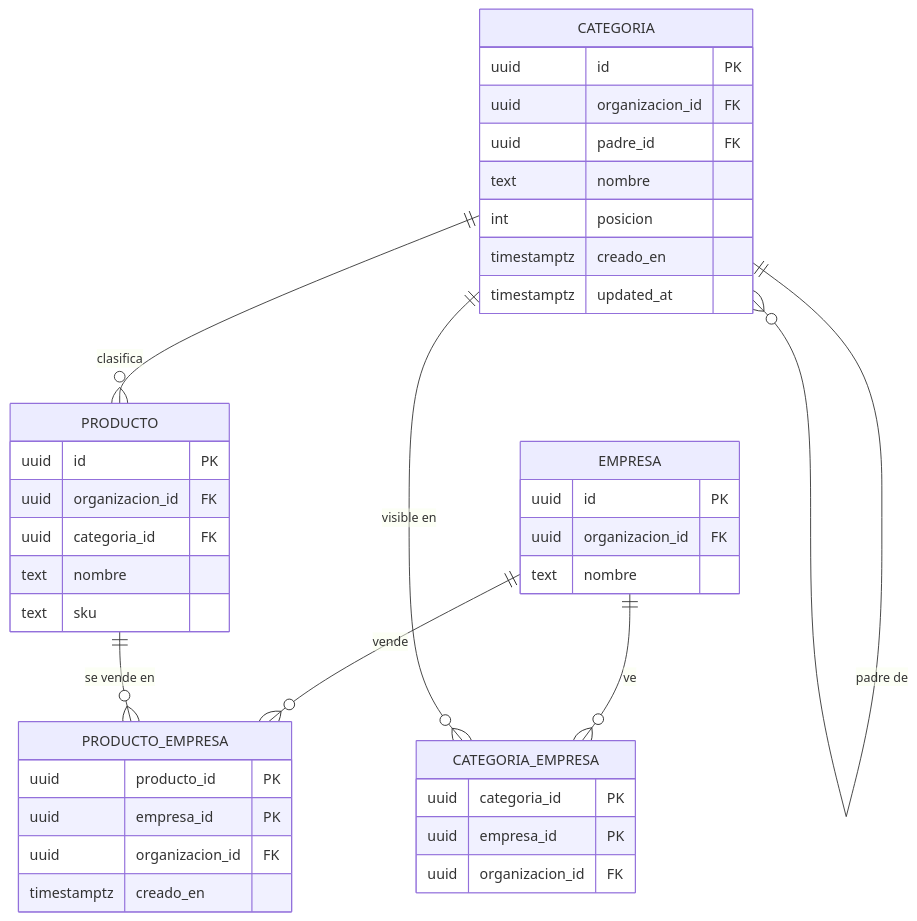
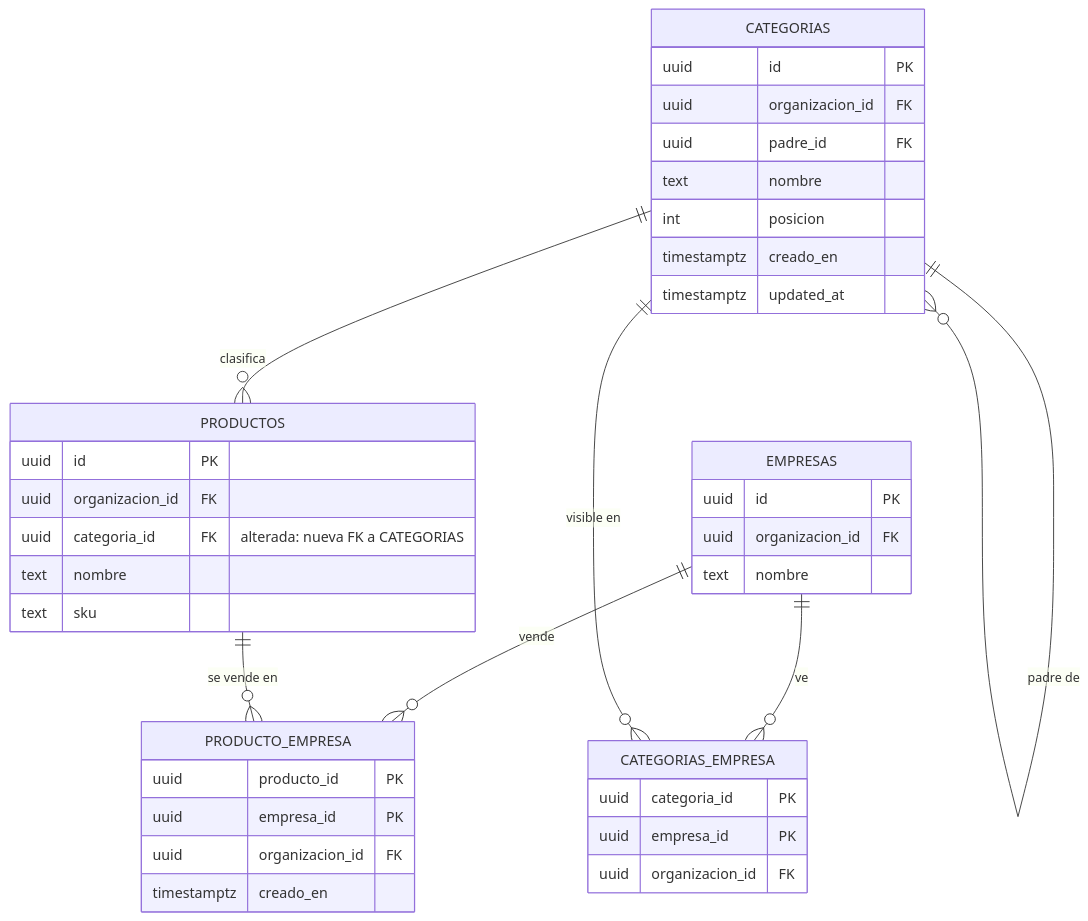
One commit to nicolasjones/multistorefront-meli changed the first of 4 diagrams in specs/20261020-120000-catalogo-listado-y-categorias/spec.md. Above: the diagram before and after it, drawn with Mermaid. The commit also changed other lines of this file, not shown here.

Commit message:
docs(MSF-160): DER con leyenda y columnas alteradas marcadas

````diff
--- a/specs/20261020-120000-catalogo-listado-y-categorias/spec.md
+++ b/specs/20261020-120000-catalogo-listado-y-categorias/spec.md
@@ -63,42 +71,42 @@
 ```mermaid
 erDiagram
-  EMPRESA ||--o{ PRODUCTO_EMPRESA : "vende"
-  PRODUCTO ||--o{ PRODUCTO_EMPRESA : "se vende en"
-  CATEGORIA ||--o{ PRODUCTO : "clasifica"
-  CATEGORIA ||--o{ CATEGORIA : "padre de"
-  EMPRESA ||--o{ CATEGORIA_EMPRESA : "ve"
-  CATEGORIA ||--o{ CATEGORIA_EMPRESA : "visible en"
+  EMPRESAS ||--o{ PRODUCTO_EMPRESA : "vende"
+  PRODUCTOS ||--o{ PRODUCTO_EMPRESA : "se vende en"
+  CATEGORIAS ||--o{ PRODUCTOS : "clasifica"
+  CATEGORIAS ||--o{ CATEGORIAS : "padre de"
+  EMPRESAS ||--o{ CATEGORIAS_EMPRESA : "ve"
+  CATEGORIAS ||--o{ CATEGORIAS_EMPRESA : "visible en"
 
-  EMPRESA {
+  EMPRESAS {
     uuid id PK
     uuid organizacion_id FK
     text nombre
   }
-  PRODUCTO {
+  PRODUCTOS {
     uuid id PK
     uuid organizacion_id FK
-    uuid categoria_id FK
+    uuid categoria_id FK "alterada: nueva FK a CATEGORIAS"
     text nombre
     text sku
   }
   PRODUCTO_EMPRESA {
     uuid producto_id PK
     uuid empresa_id PK
     uuid organizacion_id FK
     timestamptz creado_en
   }
-  CATEGORIA {
+  CATEGORIAS {
     uuid id PK
     uuid organizacion_id FK
     uuid padre_id FK
     text nombre
     int posicion
     timestamptz creado_en
     timestamptz updated_at
   }
-  CATEGORIA_EMPRESA {
+  CATEGORIAS_EMPRESA {
     uuid categoria_id PK
     uuid empresa_id PK
     uuid organizacion_id FK
   }
 ```
````
